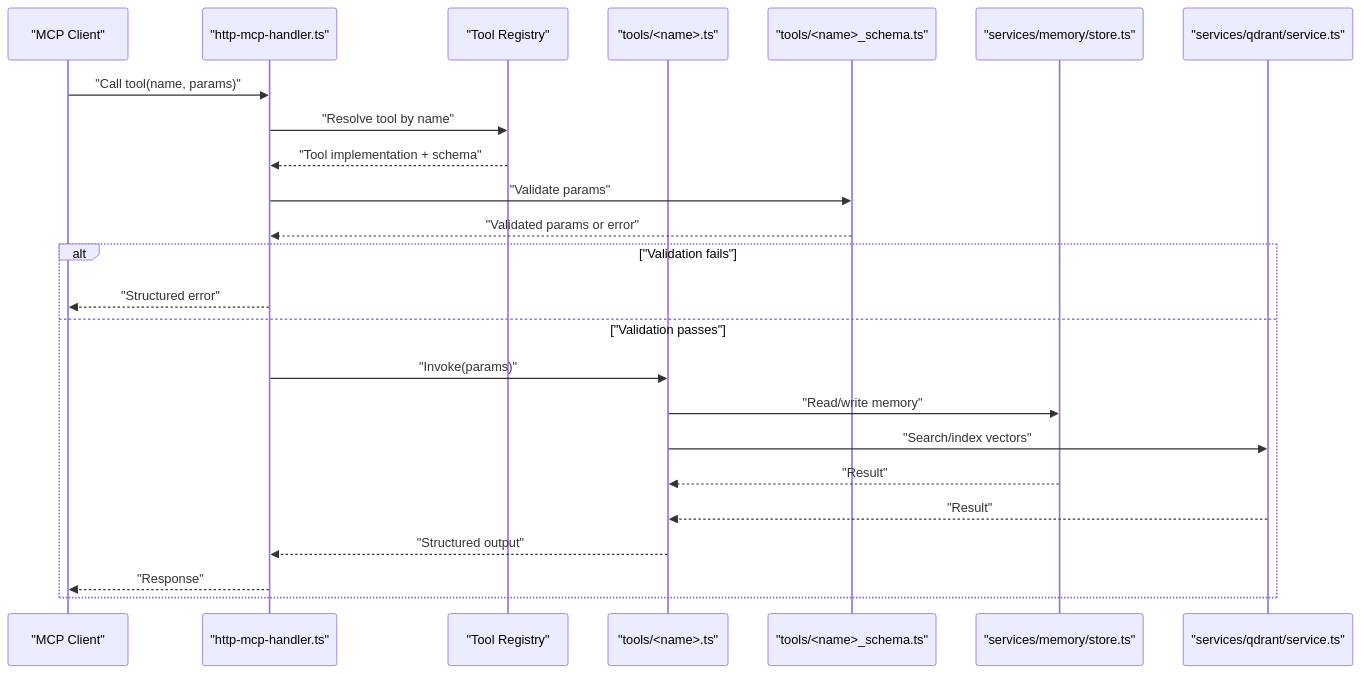
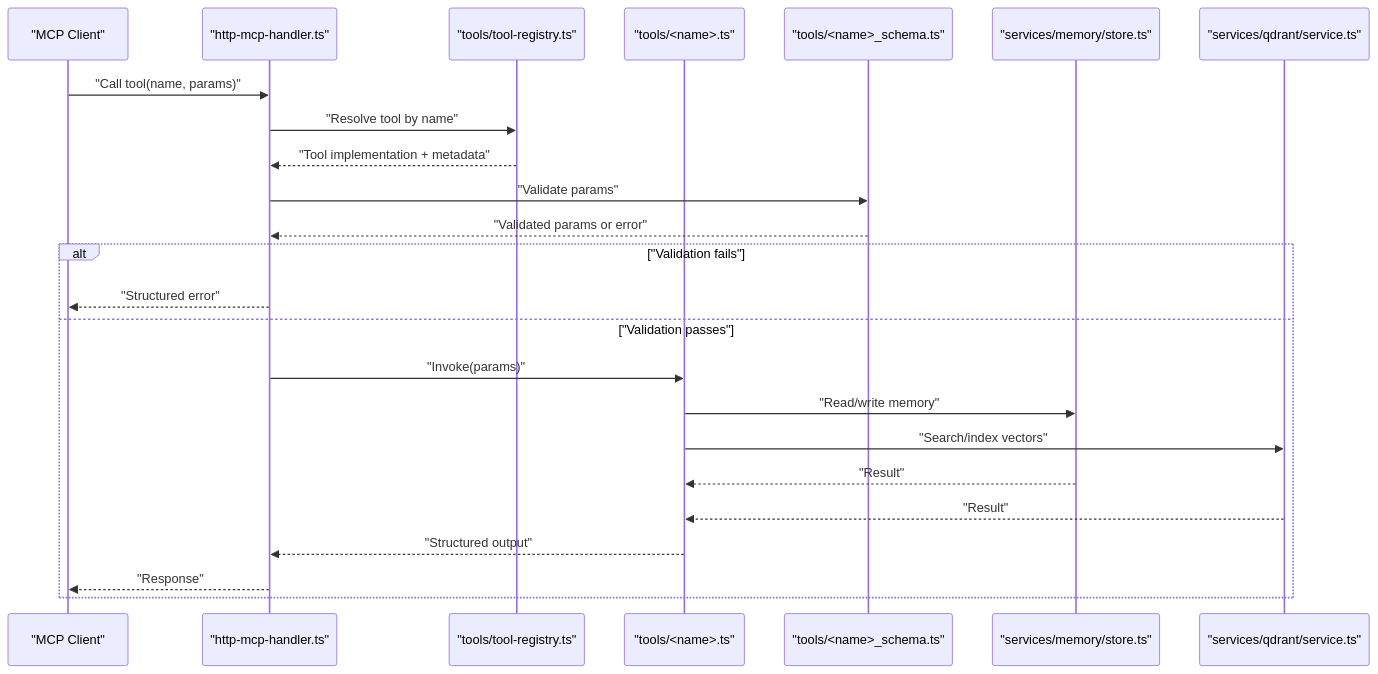
Before and after one commit to debian777/kairos-mcp: the second of 14 diagrams in .qoder/repowiki/en/content/Project Overview/Core Concepts/Tool Development and Registry.md, drawn with Mermaid. The commit also changed other lines of this file and 7 other files, not shown here.

````diff
--- a/.qoder/repowiki/en/content/Project Overview/Core Concepts/Tool Development and Registry.md
+++ b/.qoder/repowiki/en/content/Project Overview/Core Concepts/Tool Development and Registry.md
@@ -236,26 +256,26 @@
 ```mermaid
 sequenceDiagram
 participant Client as "MCP Client"
 participant Handler as "http-mcp-handler.ts"
-participant Registry as "Tool Registry"
+participant Registry as "tools/tool-registry.ts"
 participant Tool as "tools/<name>.ts"
 participant Schema as "tools/<name>_schema.ts"
 participant Store as "services/memory/store.ts"
 participant Qdrant as "services/qdrant/service.ts"
 Client->>Handler : "Call tool(name, params)"
 Handler->>Registry : "Resolve tool by name"
-Registry-->>Handler : "Tool implementation + schema"
+Registry-->>Handler : "Tool implementation + metadata"
 Handler->>Schema : "Validate params"
 Schema-->>Handler : "Validated params or error"
 alt "Validation fails"
 Handler-->>Client : "Structured error"
 else "Validation passes"
 Handler->>Tool : "Invoke(params)"
 Tool->>Store : "Read/write memory"
 Tool->>Qdrant : "Search/index vectors"
 Store-->>Tool : "Result"
 Qdrant-->>Tool : "Result"
 Tool-->>Handler : "Structured output"
 Handler-->>Client : "Response"
 end
 ```
````
